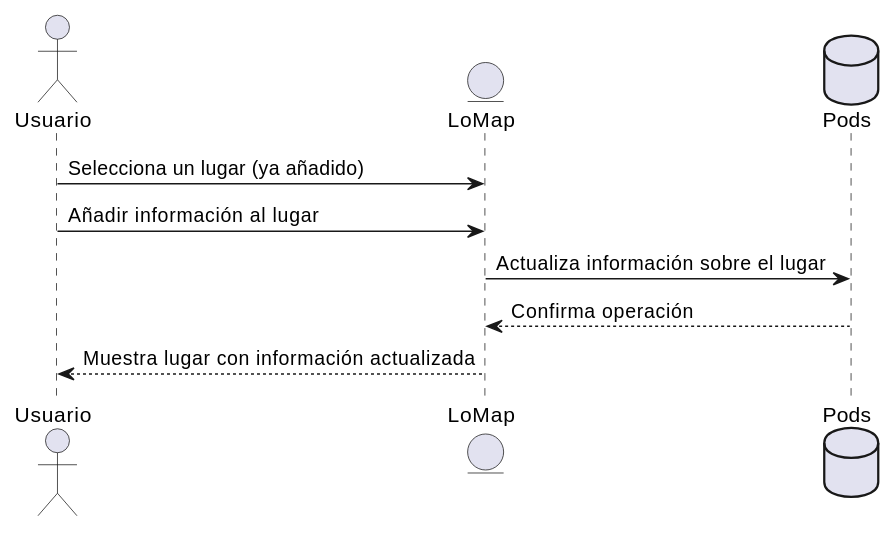
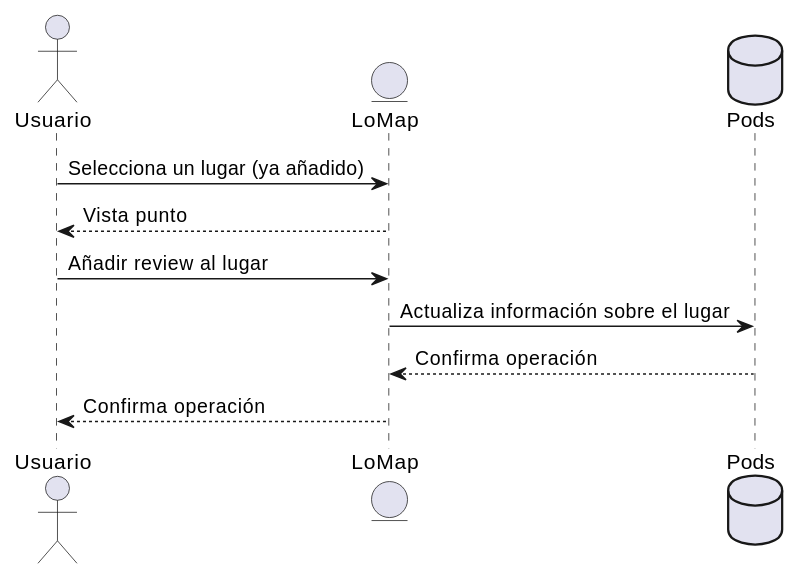
Before and after one commit to Arquisoft/lomap_es3c: the fourth of 16 diagrams in docs/06_runtime_view.adoc, drawn with PlantUML. The commit also changed other lines of this file, not shown here.

```diff
--- a/docs/06_runtime_view.adoc
+++ b/docs/06_runtime_view.adoc
@@ -83,11 +84,12 @@
 [plantuml,"Sequence diagram05",png]
 ----
 actor Usuario
 entity LoMap
 Usuario -> LoMap: Selecciona un lugar (ya añadido)
-Usuario -> LoMap: Añadir información al lugar
+LoMap-->Usuario: Vista punto
+Usuario -> LoMap: Añadir review al lugar
 database Pod as "Pods"
 LoMap-> Pod: Actualiza información sobre el lugar
 Pod--> LoMap: Confirma operación
-LoMap--> Usuario: Muestra lugar con información actualizada
+LoMap--> Usuario: Confirma operación
 ----
```
